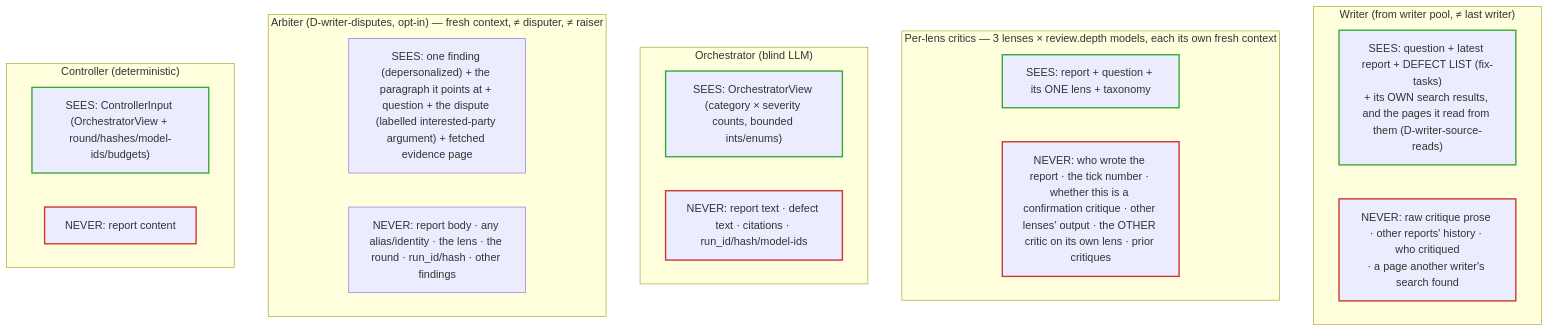
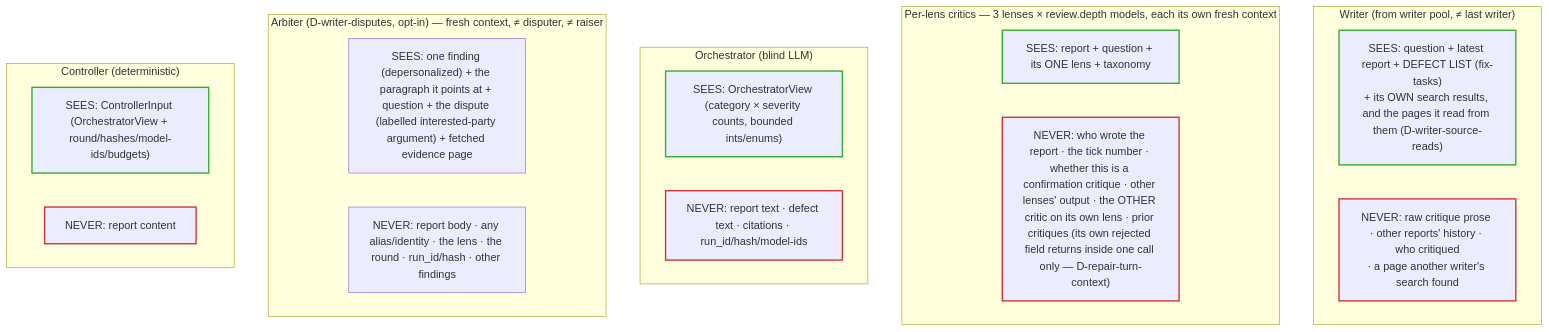
One commit to NickBorgers/reasonable-answer changed the first of 4 diagrams in docs/isolation.md. Above: the diagram before and after it, drawn with Mermaid. The commit also changed other lines of this file and 12 other files, not shown here.

````diff
--- a/docs/isolation.md
+++ b/docs/isolation.md
@@ -75,32 +75,32 @@
 ```mermaid
 flowchart TB
     subgraph GEN["Writer (from writer pool, ≠ last writer)"]
         Gin["SEES: question + latest report + DEFECT LIST (fix-tasks)<br/>+ its OWN search results, and the pages it read from them (D-writer-source-reads)"]
         Gno["NEVER: raw critique prose · other reports' history · who critiqued<br/>· a page another writer's search found"]
     end
     subgraph CRIT["Per-lens critics — 3 lenses × review.depth models, each its own fresh context"]
         Cin["SEES: report + question + its ONE lens + taxonomy"]
-        Cno["NEVER: who wrote the report · the tick number · whether this is a confirmation critique · other lenses' output · the OTHER critic on its own lens · prior critiques"]
+        Cno["NEVER: who wrote the report · the tick number · whether this is a confirmation critique · other lenses' output · the OTHER critic on its own lens · prior critiques (its own rejected field returns inside one call only — D-repair-turn-context)"]
     end
     subgraph ORC["Orchestrator (blind LLM)"]
         Oin["SEES: OrchestratorView (category × severity counts, bounded ints/enums)"]
         Ono["NEVER: report text · defect text · citations · run_id/hash/model-ids"]
     end
     subgraph ARB["Arbiter (D-writer-disputes, opt-in) — fresh context, ≠ disputer, ≠ raiser"]
         Ain["SEES: one finding (depersonalized) + the paragraph it points at + question + the dispute (labelled interested-party argument) + fetched evidence page"]
         Ano["NEVER: report body · any alias/identity · the lens · the round · run_id/hash · other findings"]
     end
     subgraph CT["Controller (deterministic)"]
         CTin["SEES: ControllerInput (OrchestratorView + round/hashes/model-ids/budgets)"]
         CTno["NEVER: report content"]
     end
 
     %% Stroke only, no fill: a hard-coded pale fill keeps its colour in dark mode while
     %% the label turns light, leaving unreadable text. Leaving the fill alone lets the
     %% renderer pick a background that matches the surrounding page in either theme,
     %% and the see/never distinction rides on the border colour instead.
     classDef see stroke:#3a3,stroke-width:2px;
     classDef no stroke:#c33,stroke-width:2px;
     class Gin,Cin,Oin,CTin see;
     class Gno,Cno,Ono,CTno no;
 ```
````
